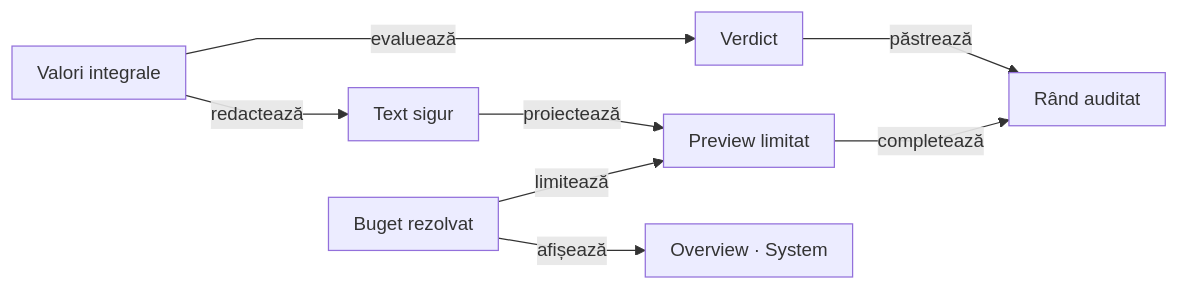
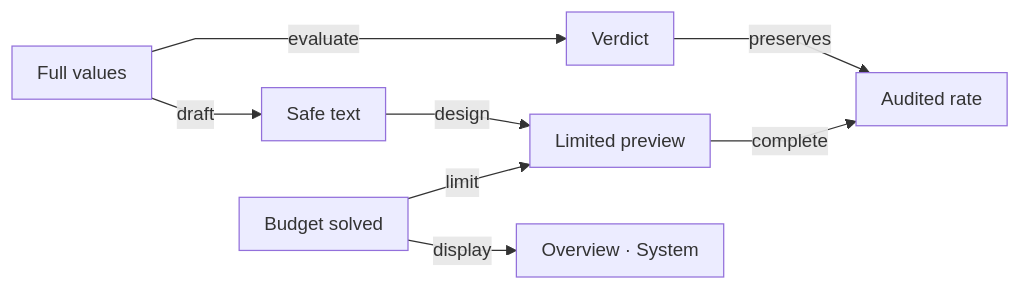
Before and after one commit to crististefanita/atf_j0: diagram 13 of 18 in atf-reporting/README.md, drawn with Mermaid. The commit also changed other lines of this file and 113 other files, not shown here.

````diff
--- a/atf-reporting/README.md
+++ b/atf-reporting/README.md
@@ -1928,11 +1502,11 @@
 ```mermaid
 %%{init: {"themeVariables":{"fontSize":"15px"},"themeCSS":".nodeLabel, .nodeLabel p { font-size: 15px !important; line-height: 1.35 !important; } .edgeLabel, .edgeLabel p { font-size: 12px !important; font-weight: 400 !important; line-height: 1.2 !important; } .edgeLabel .labelBkg, .edgeLabel p { background: transparent !important; } .edgeLabel foreignObject { transform: translateY(-18px); overflow: visible; } .node rect { rx: 6px; ry: 6px; }","flowchart":{"curve":"linear","nodeSpacing":24,"rankSpacing":40,"padding":10,"diagramPadding":16}}}%%
 flowchart LR
-    Raw[Valori integrale] -->|evaluează| Verdict[Verdict]
-    Raw -->|redactează| Safe[Text sigur]
-    Safe -->|proiectează| Preview[Preview limitat]
-    Budget[Buget rezolvat] -->|limitează| Preview
-    Budget -->|afișează| System[Overview · System]
-    Verdict -->|păstrează| Row[Rând auditat]
-    Preview -->|completează| Row
+    Raw[Full values] -->|evaluate| Verdict[Verdict]
+    Raw -->|draft| Safe[Safe text]
+    Safe -->|design| Preview[Limited preview]
+    Budget[Budget solved] -->|limit| Preview
+    Budget -->|display| System[Overview · System]
+    Verdict -->|preserves| Row[Audited rate]
+    Preview -->|complete| Row
 ```
````
